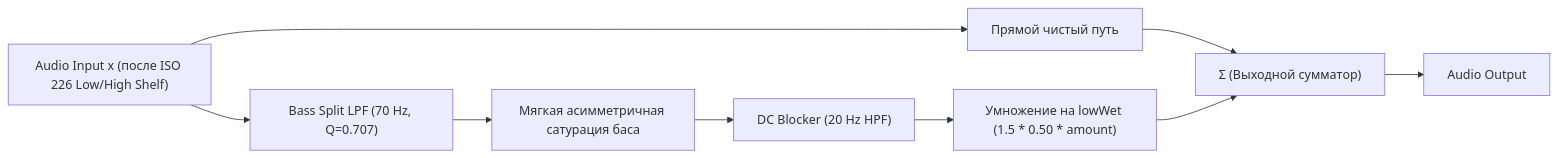
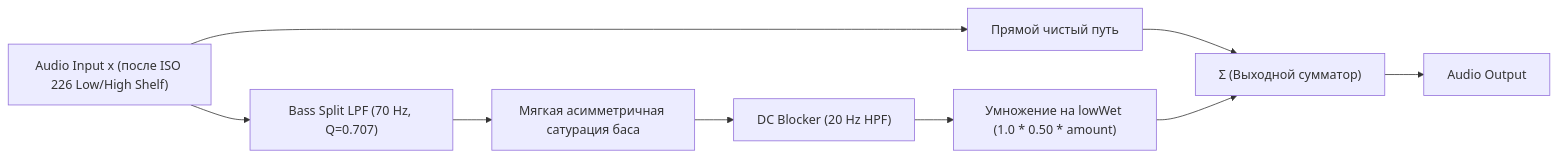
One commit to djbob2000/FineTunePro changed the second of 2 diagrams in docs/dsp/treble_exciter.md. Above: the diagram before and after it, drawn with Mermaid. The commit also changed other lines of this file and 6 other files, not shown here.

````diff
--- a/docs/dsp/treble_exciter.md
+++ b/docs/dsp/treble_exciter.md
@@ -79,11 +79,11 @@
 ```mermaid
 flowchart LR
     In["Audio Input x (после ISO 226 Low/High Shelf)"] --> Dry["Прямой чистый путь"]
     In --> LPF["Bass Split LPF (70 Hz, Q=0.707)"]
     LPF --> Sat["Мягкая асимметричная сатурация баса"]
     Sat --> DC["DC Blocker (20 Hz HPF)"]
-    DC --> WetScale["Умножение на lowWet (1.5 * 0.50 * amount)"]
+    DC --> WetScale["Умножение на lowWet (1.0 * 0.50 * amount)"]
     Dry --> Sum["Σ (Выходной сумматор)"]
     WetScale --> Sum
     Sum --> Out["Audio Output"]
 ```
````
